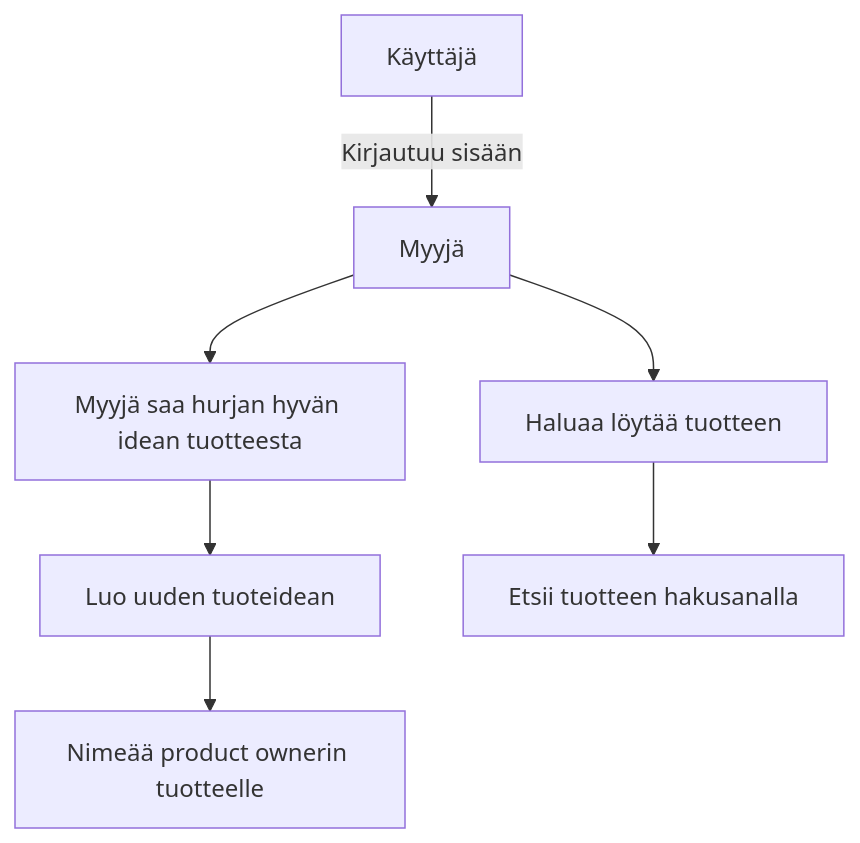
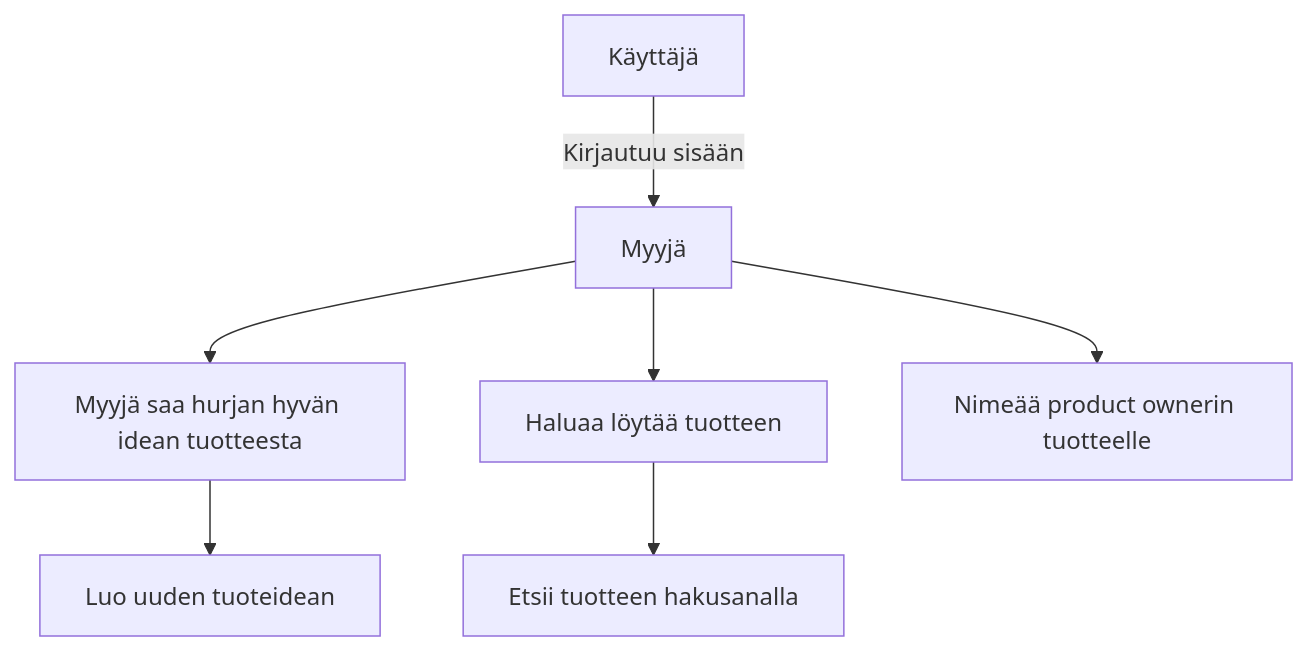
One commit to martimik/TuHlaRi-core changed the fourth of 7 diagrams in dokumentit/02-vaatimusmaarittely/vaatimusmaarittely.md. Above: the diagram before and after it, drawn with Mermaid. The commit also changed other lines of this file, not shown here.

````diff
--- a/dokumentit/02-vaatimusmaarittely/vaatimusmaarittely.md
+++ b/dokumentit/02-vaatimusmaarittely/vaatimusmaarittely.md
@@ -169,17 +169,19 @@
 ```mermaid
  graph TD
  
 U["Käyttäjä"]
 M["Myyjä"]
 
 U --> |Kirjautuu sisään|M
 
 M --> A1
 M --> A2
+M --> A3
  
 A1["Myyjä saa hurjan hyvän idean tuotteesta"]-->B1["Luo uuden tuoteidean"]
-B1-->C1["Nimeää product ownerin tuotteelle"]
 
 A2["Haluaa löytää tuotteen"]-->B2["Etsii tuotteen hakusanalla"]
 
+A3["Nimeää product ownerin tuotteelle"]
+
 ```
````
